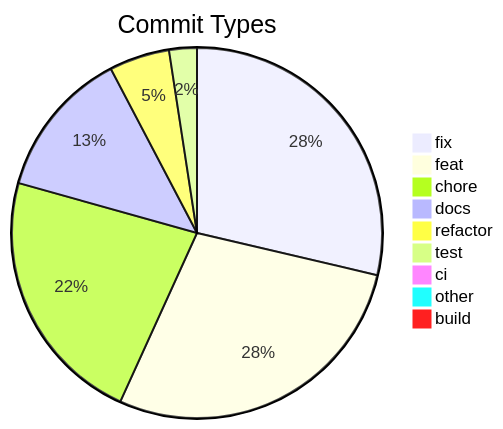
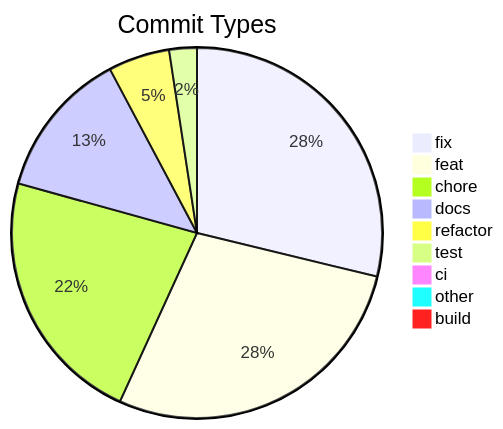
One commit to svenroth-ai/shipwright changed the diagram in .shipwright/compliance/change-history.md. Above: the diagram before and after it, drawn with Mermaid. The commit also changed other lines of this file and 17 other files, not shown here.

````diff
--- a/.shipwright/compliance/change-history.md
+++ b/.shipwright/compliance/change-history.md
@@ -8,12 +8,12 @@
 ```mermaid
 pie title Commit Types
-    "fix" : 272
+    "fix" : 274
     "feat" : 267
     "chore" : 214
     "docs" : 123
-    "refactor" : 50
+    "refactor" : 51
     "test" : 23
     "ci" : 7
     "other" : 7
     "build" : 1
 ```
````
